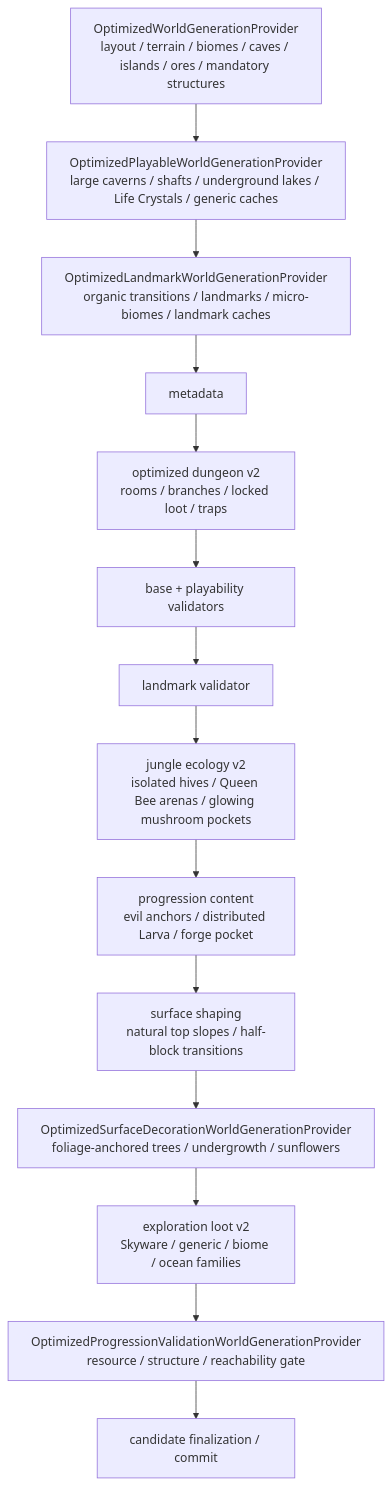
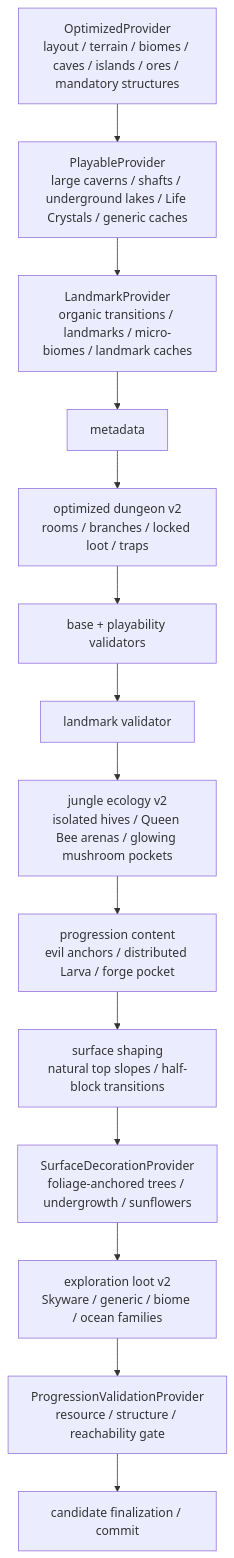
The diagram in docs/en/optimized-world-generation.md (VegaKernel/TerraRuntime), drawn with Mermaid before and after one commit. The commit also changed other lines of this file and 779 other files, not shown here.

````diff
--- a/docs/en/optimized-world-generation.md
+++ b/docs/en/optimized-world-generation.md
@@ -24,19 +24,19 @@
 ```mermaid
 flowchart TD
-    Base["OptimizedWorldGenerationProvider<br/>layout / terrain / biomes / caves / islands / ores / mandatory structures"]
-    Play["OptimizedPlayableWorldGenerationProvider<br/>large caverns / shafts / underground lakes / Life Crystals / generic caches"]
-    Land["OptimizedLandmarkWorldGenerationProvider<br/>organic transitions / landmarks / micro-biomes / landmark caches"]
+    Base["OptimizedProvider<br/>layout / terrain / biomes / caves / islands / ores / mandatory structures"]
+    Play["PlayableProvider<br/>large caverns / shafts / underground lakes / Life Crystals / generic caches"]
+    Land["LandmarkProvider<br/>organic transitions / landmarks / micro-biomes / landmark caches"]
     Meta["metadata"]
     Dungeon["optimized dungeon v2<br/>rooms / branches / locked loot / traps"]
     PVal["base + playability validators"]
     LVal["landmark validator"]
     Ecology["jungle ecology v2<br/>isolated hives / Queen Bee arenas / glowing mushroom pockets"]
     Content["progression content<br/>evil anchors / distributed Larva / forge pocket"]
     Shape["surface shaping<br/>natural top slopes / half-block transitions"]
-    Surf["OptimizedSurfaceDecorationWorldGenerationProvider<br/>foliage-anchored trees / undergrowth / sunflowers"]
+    Surf["SurfaceDecorationProvider<br/>foliage-anchored trees / undergrowth / sunflowers"]
     Loot["exploration loot v2<br/>Skyware / generic / biome / ocean families"]
-    Prog["OptimizedProgressionValidationWorldGenerationProvider<br/>resource / structure / reachability gate"]
+    Prog["ProgressionValidationProvider<br/>resource / structure / reachability gate"]
     Commit["candidate finalization / commit"]
 
     Base --> Play --> Land --> Meta --> Dungeon --> PVal --> LVal --> Ecology --> Content --> Shape --> Surf --> Loot --> Prog --> Commit
 ```
````
